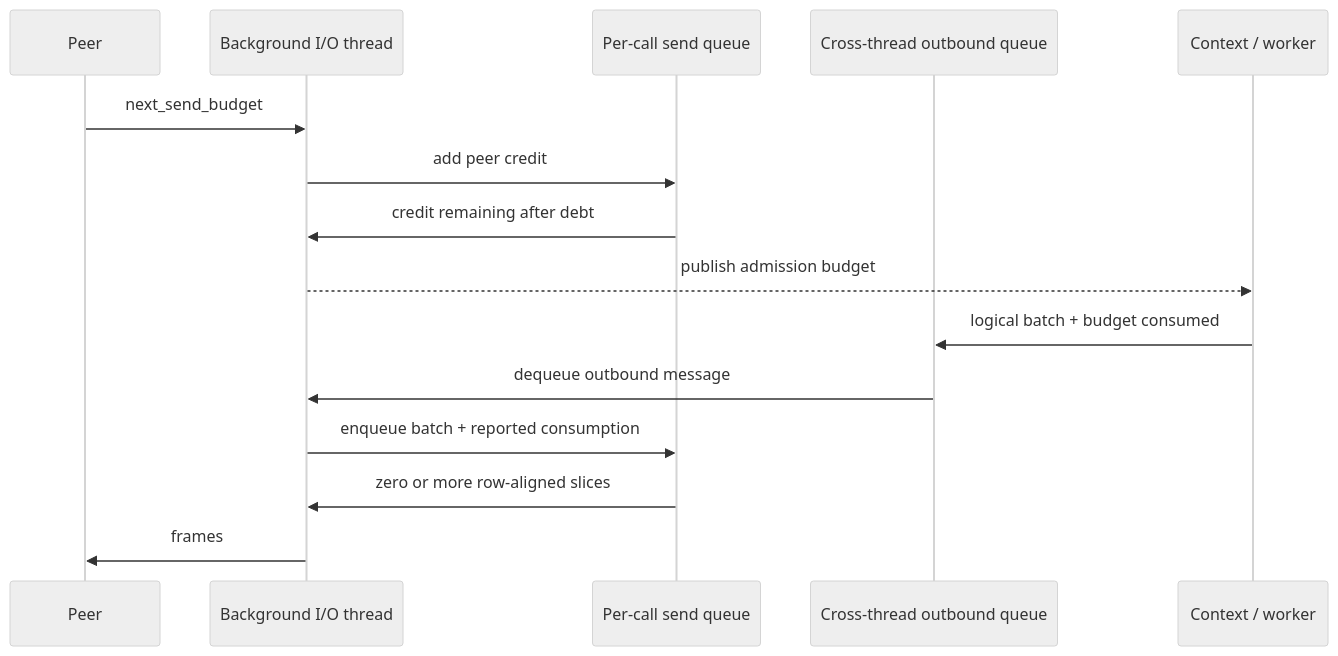
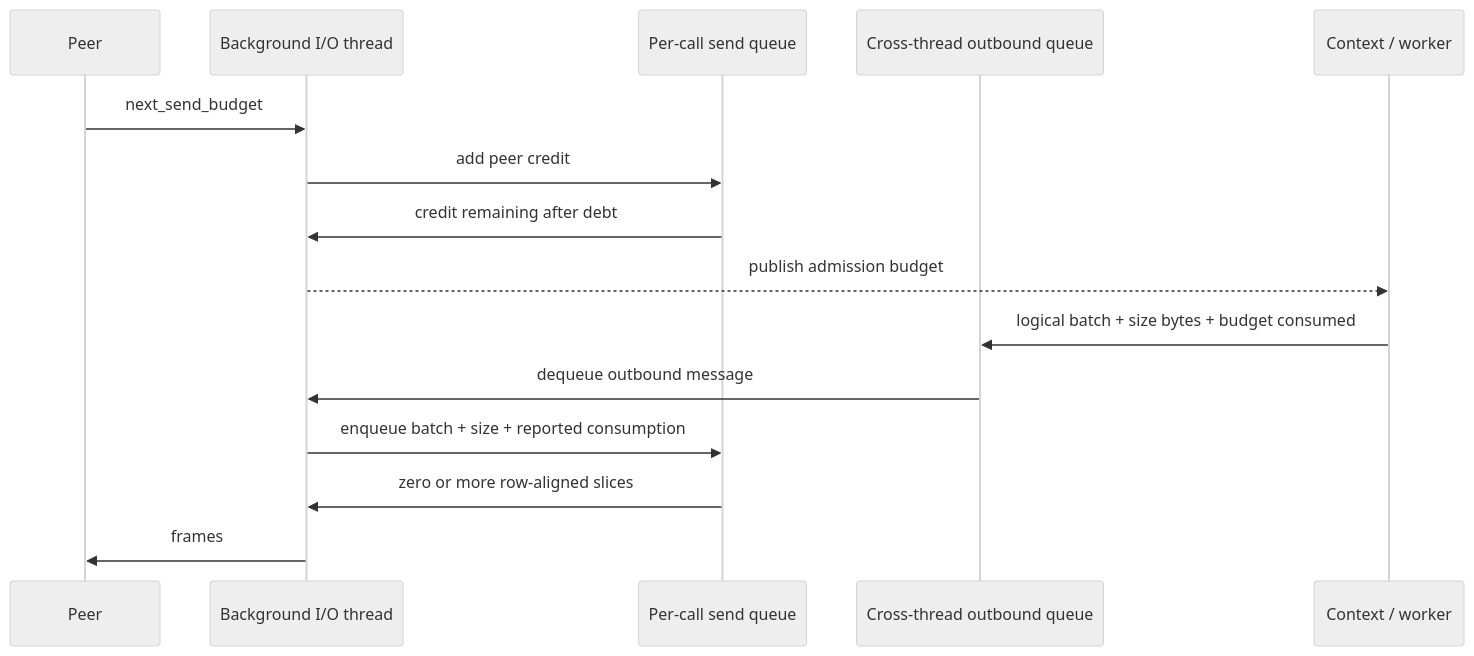
One commit to exasol/udf-runner-cpp changed the first of 3 diagrams in doc/design/v2/runner/send_budget_reconciliation.md. Above: the diagram before and after it, drawn with Mermaid (neutral theme). The commit also changed other lines of this file, not shown here.

Commit message:
#129: Clarify context budget state

````diff
--- a/doc/design/v2/runner/send_budget_reconciliation.md
+++ b/doc/design/v2/runner/send_budget_reconciliation.md
@@ -10,17 +12,17 @@
 ```mermaid
 sequenceDiagram
     participant P as Peer
     participant B as Background I/O thread
     participant S as Per-call send queue
     participant X as Cross-thread outbound queue
     participant C as Context / worker
     P->>B: next_send_budget
     B->>S: add peer credit
     S->>B: credit remaining after debt
     B-->>C: publish admission budget
-    C->>X: logical batch + budget consumed
+    C->>X: logical batch + size bytes + budget consumed
     X->>B: dequeue outbound message
-    B->>S: enqueue batch + reported consumption
+    B->>S: enqueue batch + size + reported consumption
     S->>B: zero or more row-aligned slices
     B->>P: frames
 ```
````
